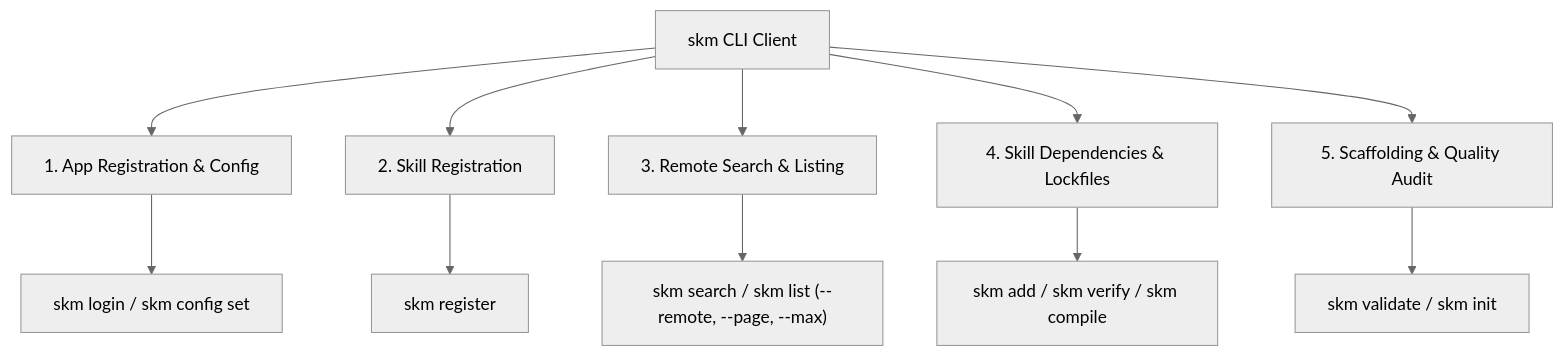
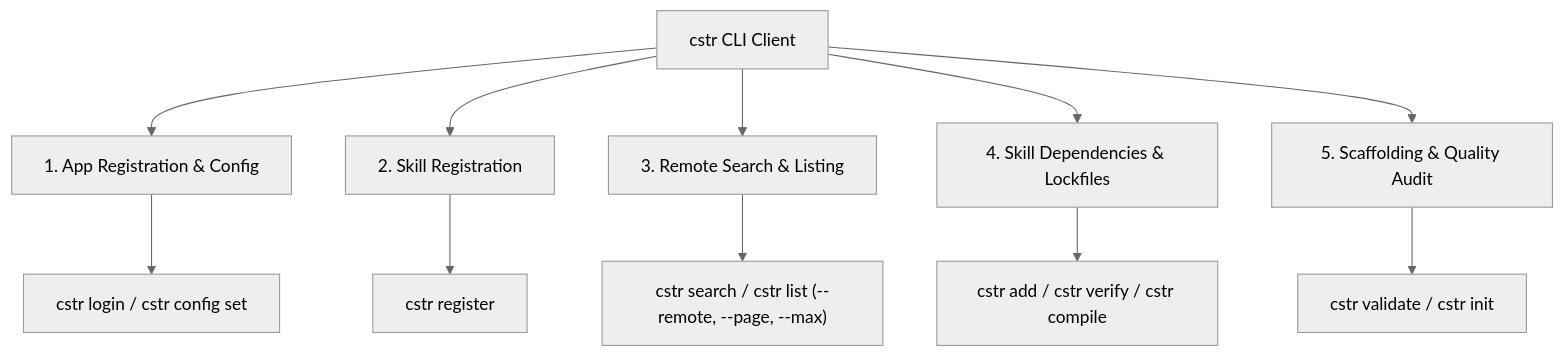
One commit to retail-cortex/skills changed the diagram in docs/content/cli/_index.md. Above: the diagram before and after it, drawn with Mermaid (neutral theme). The commit also changed other lines of this file and 90 other files, not shown here.

````diff
--- a/docs/content/cli/_index.md
+++ b/docs/content/cli/_index.md
@@ -14,14 +14,14 @@
 ```mermaid
 graph TD
-    A[skm CLI Client] --> B[1. App Registration & Config]
+    A[cstr CLI Client] --> B[1. App Registration & Config]
     A --> C[2. Skill Registration]
     A --> D[3. Remote Search & Listing]
     A --> E[4. Skill Dependencies & Lockfiles]
     A --> F[5. Scaffolding & Quality Audit]
 
-    B --> B1["skm login <email> / skm config set"]
-    C --> C1["skm register <source_uri>"]
-    D --> D1["skm search / skm list (--remote, --page, --max)"]
-    E --> E1["skm add / skm verify / skm compile"]
-    F --> F1["skm validate / skm init"]
+    B --> B1["cstr login <email> / cstr config set"]
+    C --> C1["cstr register <source_uri>"]
+    D --> D1["cstr search / cstr list (--remote, --page, --max)"]
+    E --> E1["cstr add / cstr verify / cstr compile"]
+    F --> F1["cstr validate / cstr init"]
 ```
````
